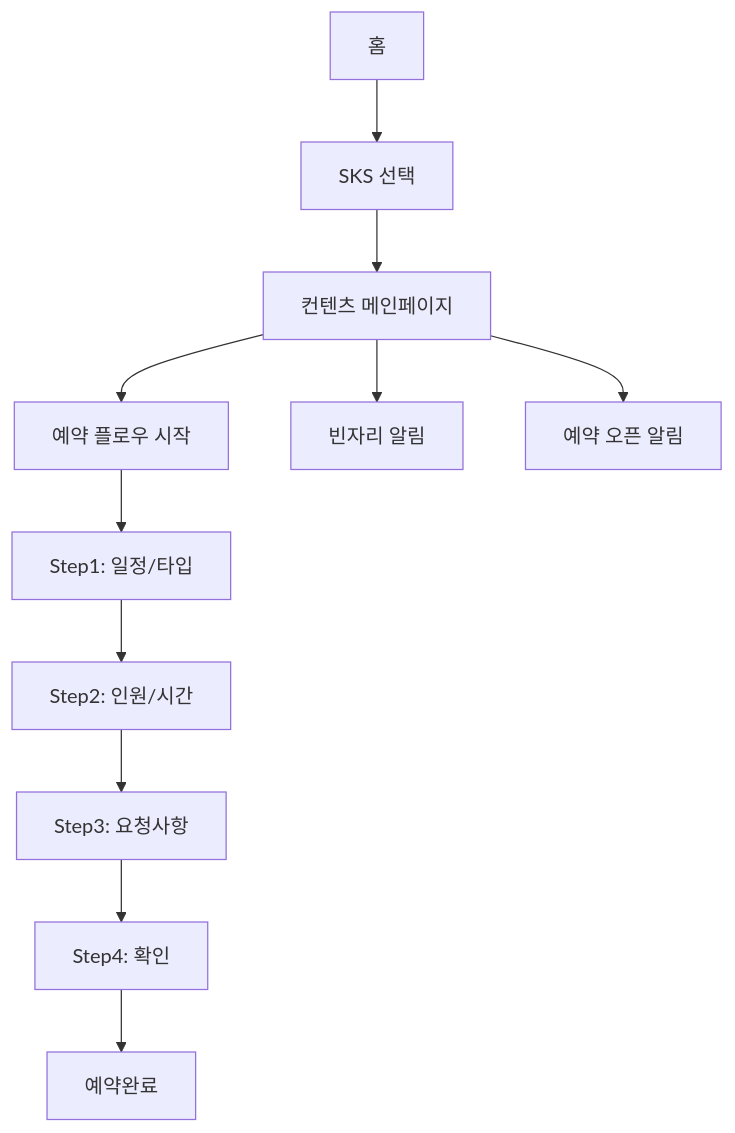
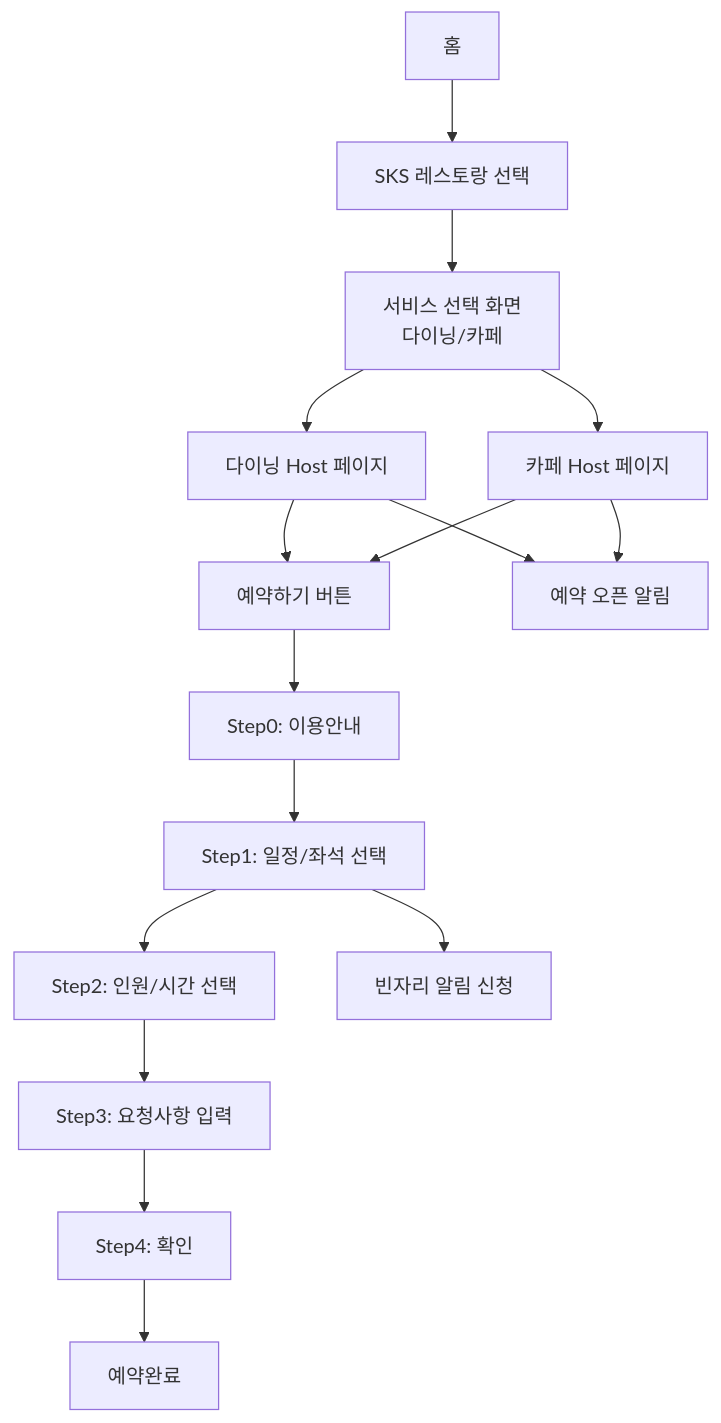
The diagram in docs/reservation-system/sks-restaurant-app-ia.mdx (Automata-LG/backlog-lg), drawn with Mermaid before and after one commit. The commit also changed other lines of this file and 1 other file, not shown here.

````diff
--- a/docs/reservation-system/sks-restaurant-app-ia.mdx
+++ b/docs/reservation-system/sks-restaurant-app-ia.mdx
@@ -287,14 +412,21 @@
 ```mermaid
 graph TD
-    A[홈] --> B[SKS 선택]
-    B --> C[컨텐츠 메인페이지]
-    C --> D[예약 플로우 시작]
-    D --> E[Step1: 일정/타입]
-    E --> F[Step2: 인원/시간]
-    F --> G[Step3: 요청사항]
-    G --> H[Step4: 확인]
-    H --> I[예약완료]
-    
-    C --> J[빈자리 알림]
-    C --> K[예약 오픈 알림]
+    A[홈] --> B[SKS 레스토랑 선택]
+    B --> C[서비스 선택 화면<br/>다이닝/카페]
+    C --> D1[다이닝 Host 페이지]
+    C --> D2[카페 Host 페이지]
+
+    D1 --> E[예약하기 버튼]
+    D2 --> E
+
+    E --> F[Step0: 이용안내]
+    F --> G[Step1: 일정/좌석 선택]
+    G --> H[Step2: 인원/시간 선택]
+    H --> I[Step3: 요청사항 입력]
+    I --> J[Step4: 확인]
+    J --> K[예약완료]
+
+    G --> L[빈자리 알림 신청]
+    D1 --> M[예약 오픈 알림]
+    D2 --> M
 ```
````
